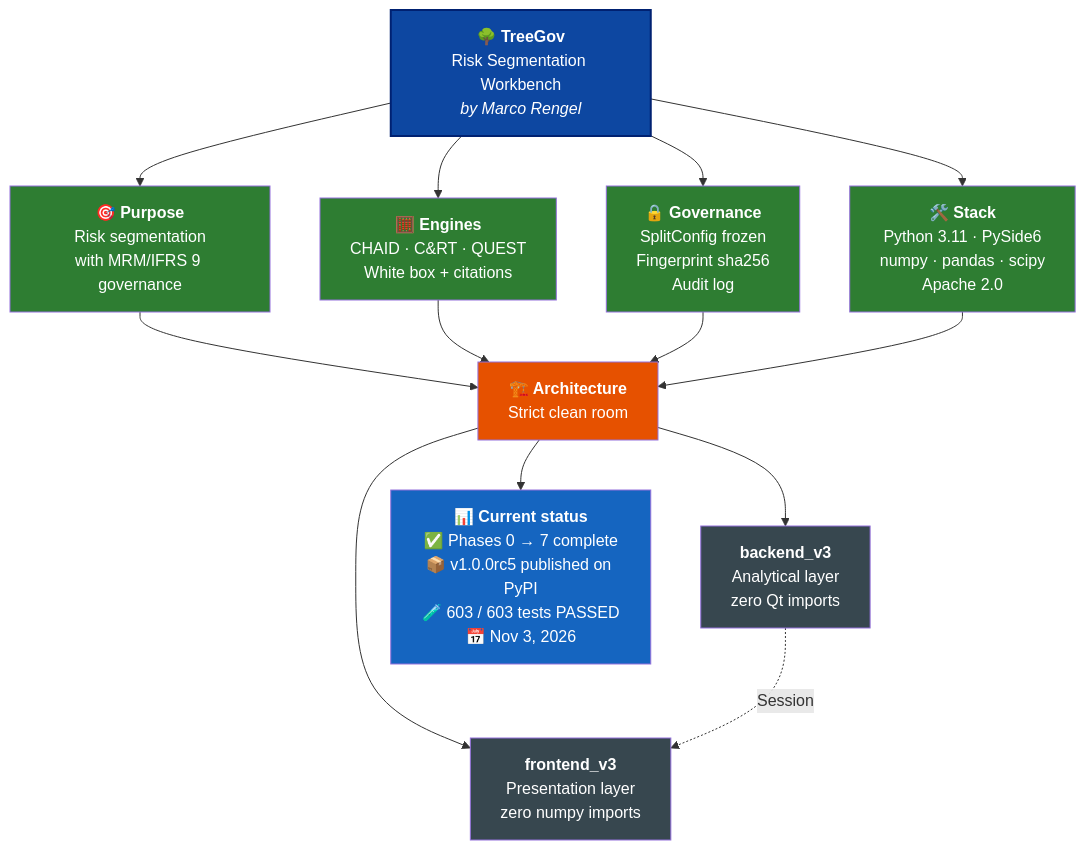
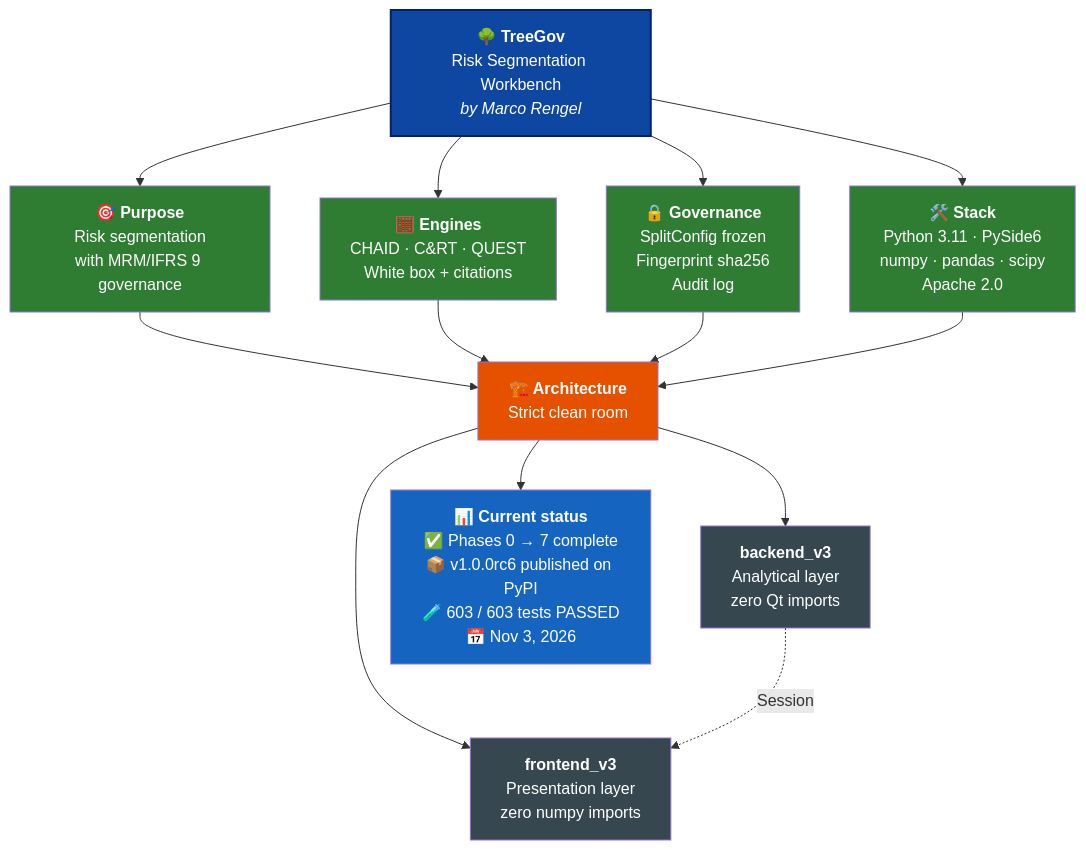
Before and after one commit to Marco-Rengel/treegov: the diagram in README.md, drawn with Mermaid. The commit also changed other lines of this file and 21 other files, not shown here.

````diff
--- a/README.md
+++ b/README.md
@@ -38,31 +38,31 @@
 ```mermaid
 flowchart TB
     TG["<b>🌳 TreeGov</b><br/>Risk Segmentation Workbench<br/><i>by Marco Rengel</i>"]
 
     TG --> P["<b>🎯 Purpose</b><br/>Risk segmentation<br/>with MRM/IFRS 9 governance"]
     TG --> M["<b>🧮 Engines</b><br/>CHAID · C&RT · QUEST<br/>White box + citations"]
     TG --> G["<b>🔒 Governance</b><br/>SplitConfig frozen<br/>Fingerprint sha256<br/>Audit log"]
     TG --> S["<b>🛠️ Stack</b><br/>Python 3.11 · PySide6<br/>numpy · pandas · scipy<br/>Apache 2.0"]
 
     P --> ARQ["<b>🏗️ Architecture</b><br/>Strict clean room"]
     M --> ARQ
     G --> ARQ
     S --> ARQ
 
     ARQ --> BE["<b>backend_v3</b><br/>Analytical layer<br/>zero Qt imports"]
     ARQ --> FE["<b>frontend_v3</b><br/>Presentation layer<br/>zero numpy imports"]
 
     BE -.->|Session| FE
 
-    ARQ --> ST["<b>📊 Current status</b><br/>✅ Phases 0 → 7 complete<br/>📦 v1.0.0rc5 published on PyPI<br/>🧪 603 / 603 tests PASSED<br/>📅 Nov 3, 2026"]
+    ARQ --> ST["<b>📊 Current status</b><br/>✅ Phases 0 → 7 complete<br/>📦 v1.0.0rc6 published on PyPI<br/>🧪 603 / 603 tests PASSED<br/>📅 Nov 3, 2026"]
 
     style TG fill:#0D47A1,color:#fff,stroke:#002171,stroke-width:2px
     style P fill:#2E7D32,color:#fff
     style M fill:#2E7D32,color:#fff
     style G fill:#2E7D32,color:#fff
     style S fill:#2E7D32,color:#fff
     style ARQ fill:#E65100,color:#fff
     style BE fill:#37474F,color:#fff
     style FE fill:#37474F,color:#fff
     style ST fill:#1565C0,color:#fff
 ```
````
